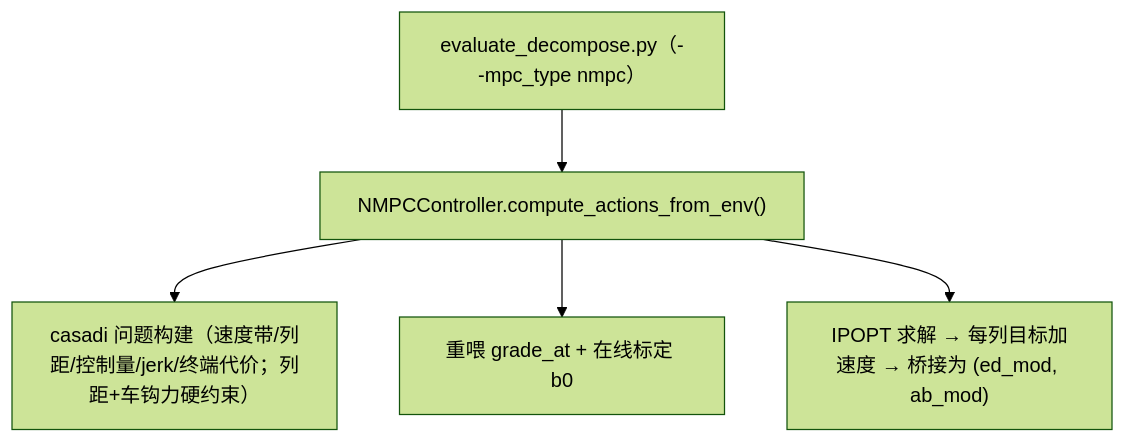
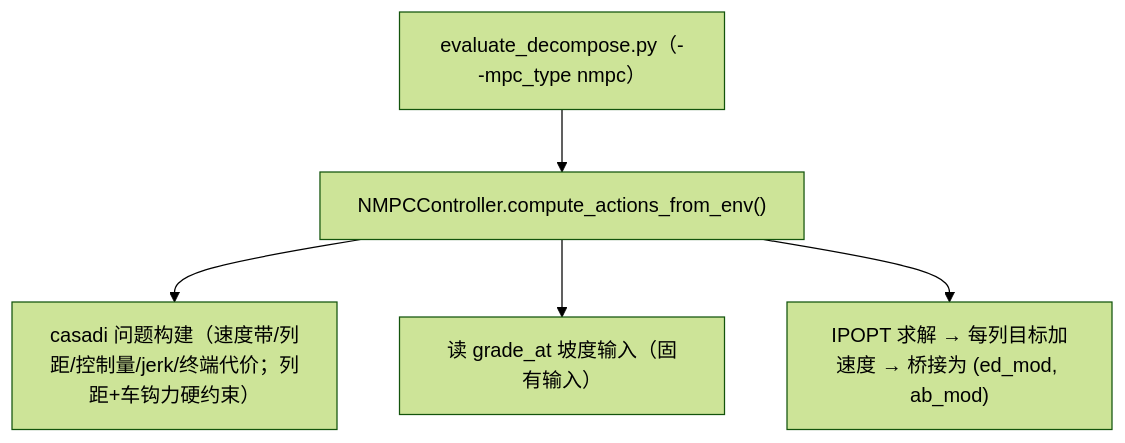
One commit to Chano363/MultiAgent changed the diagram in traffic_rl_project/docs/knowledge/MPC_BASELINE_KNOWLEDGE_BASE.md. Above: the diagram before and after it, drawn with Mermaid (forest theme). The commit also changed other lines of this file and 205 other files, not shown here.

````diff
--- a/traffic_rl_project/docs/knowledge/MPC_BASELINE_KNOWLEDGE_BASE.md
+++ b/traffic_rl_project/docs/knowledge/MPC_BASELINE_KNOWLEDGE_BASE.md
@@ -27,7 +27,7 @@
 ```mermaid
 graph TD
     V["evaluate_decompose.py（--mpc_type nmpc）"] --> N["NMPCController.compute_actions_from_env()"]
     N --> P["casadi 问题构建（速度带/列距/控制量/jerk/终端代价；列距+车钩力硬约束）"]
-    N --> G["重喂 grade_at + 在线标定 b0"]
+    N --> G["读 grade_at 坡度输入（固有输入）"]
     N --> S["IPOPT 求解 → 每列目标加速度 → 桥接为 (ed_mod, ab_mod)"]
 ```
````
